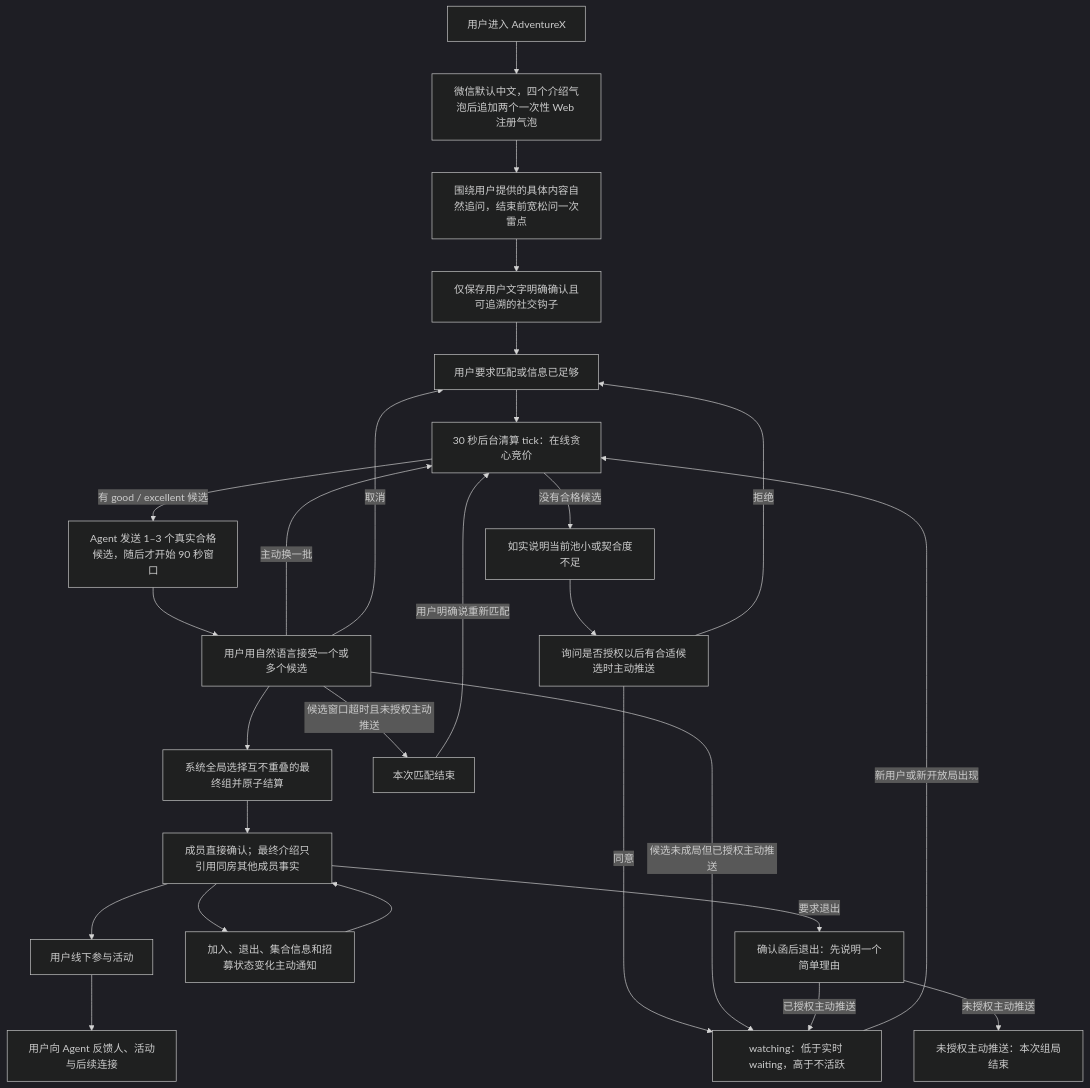
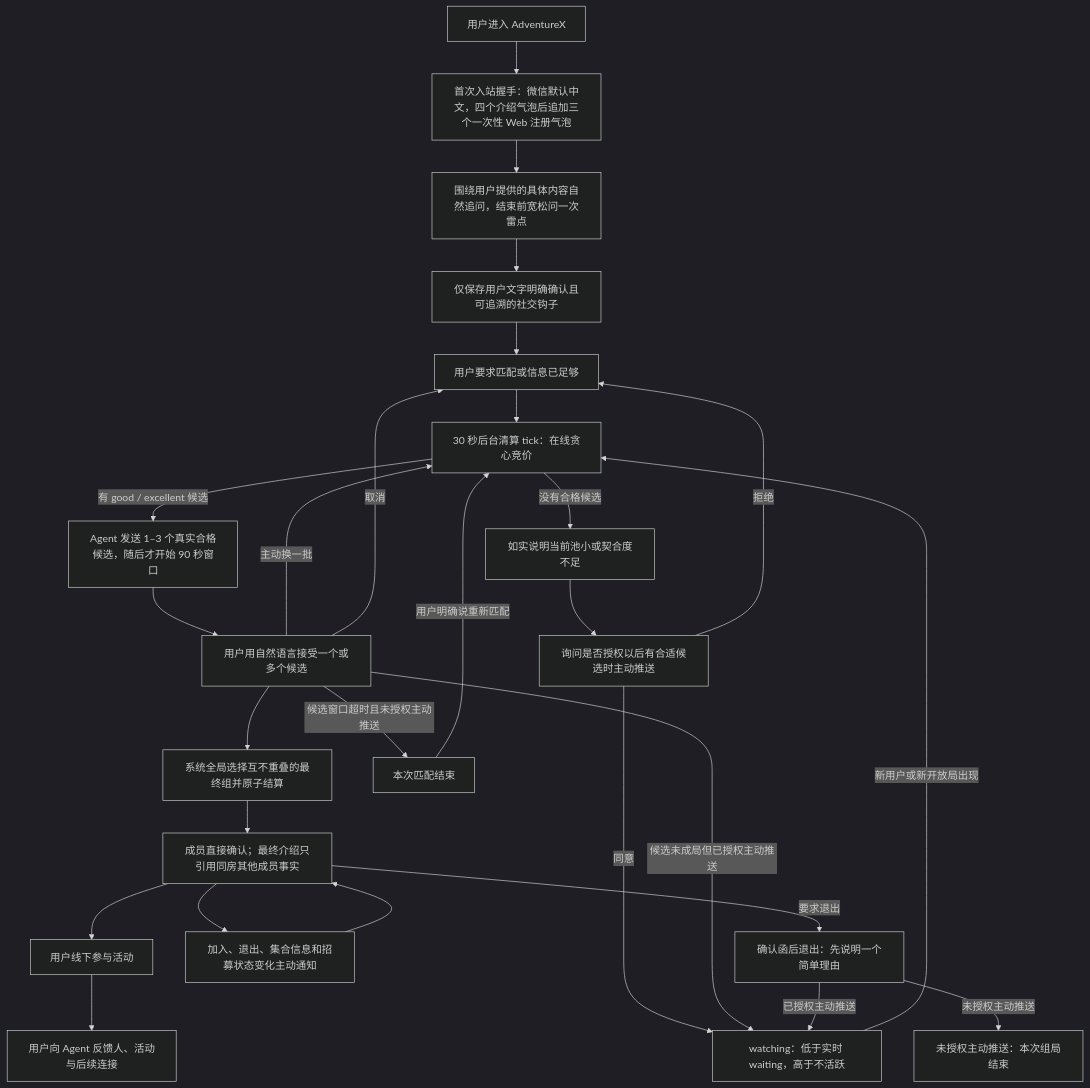
The diagram in docs/product-flow.md (toMeetADX/TOMEET_Backend), drawn with Mermaid (dark theme) before and after one commit. The commit also changed other lines of this file and 17 other files, not shown here.

````diff
--- a/docs/product-flow.md
+++ b/docs/product-flow.md
@@ -7,37 +7,37 @@
 ```mermaid
 flowchart TB
     Enter["用户进入 AdventureX"]
-    Welcome["微信默认中文，四个介绍气泡后追加两个一次性 Web 注册气泡"]
+    Welcome["首次入站握手：微信默认中文，四个介绍气泡后追加三个一次性 Web 注册气泡"]
     Explore["围绕用户提供的具体内容自然追问，结束前宽松问一次雷点"]
     Hook["仅保存用户文字明确确认且可追溯的社交钩子"]
     Request["用户要求匹配或信息已足够"]
     Round["30 秒后台清算 tick：在线贪心竞价"]
     Options["Agent 发送 1–3 个真实合格候选，随后才开始 90 秒窗口"]
     Unavailable["如实说明当前池小或契合度不足"]
     Consent["询问是否授权以后有合适候选时主动推送"]
     Watching["watching：低于实时 waiting，高于不活跃"]
     Choice["用户用自然语言接受一个或多个候选"]
     Settle["系统全局选择互不重叠的最终组并原子结算"]
     Room["成员直接确认；最终介绍只引用同房其他成员事实"]
     ExitReason["确认函后退出：先说明一个简单理由"]
     ExitEnded["未授权主动推送：本次组局结束"]
     Change["加入、退出、集合信息和招募状态变化主动通知"]
     Offline["用户线下参与活动"]
     Feedback["用户向 Agent 反馈人、活动与后续连接"]
 
     Enter --> Welcome --> Explore --> Hook --> Request --> Round
     Round -->|有 good / excellent 候选| Options --> Choice --> Settle --> Room --> Offline --> Feedback
     Round -->|没有合格候选| Unavailable --> Consent
     Consent -->|同意| Watching
     Consent -->|拒绝| Request
     Watching -->|新用户或新开放局出现| Round
     Choice -->|主动换一批| Round
     Choice -->|候选窗口超时且未授权主动推送| Expired["本次匹配结束"]
     Choice -->|候选未成局但已授权主动推送| Watching
     Expired -->|用户明确说重新匹配| Round
     Choice -->|取消| Request
     Room --> Change --> Room
     Room -->|要求退出| ExitReason
     ExitReason -->|已授权主动推送| Watching
     ExitReason -->|未授权主动推送| ExitEnded
 ```
````
